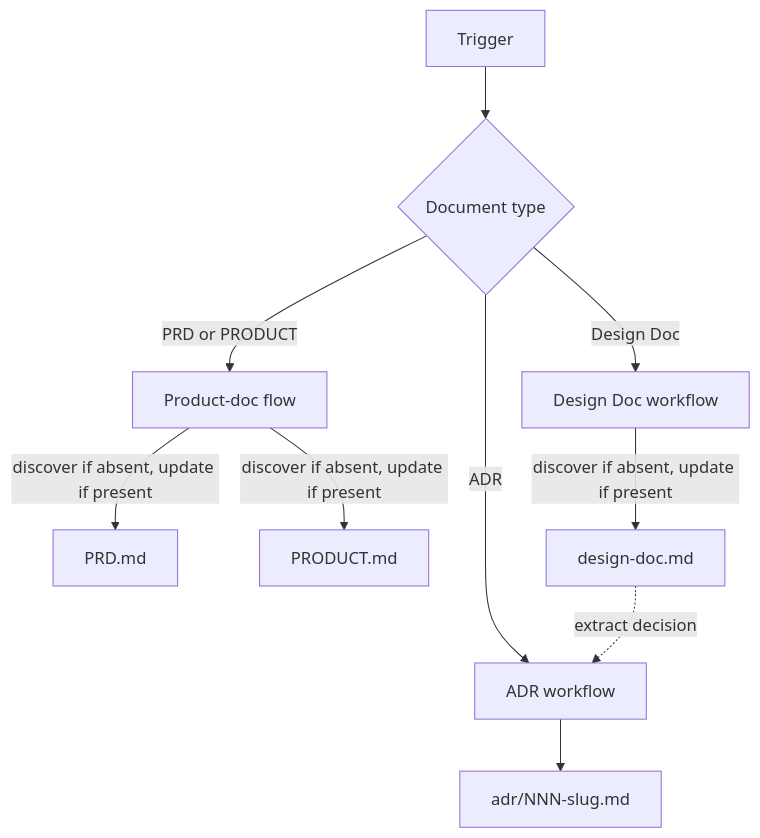
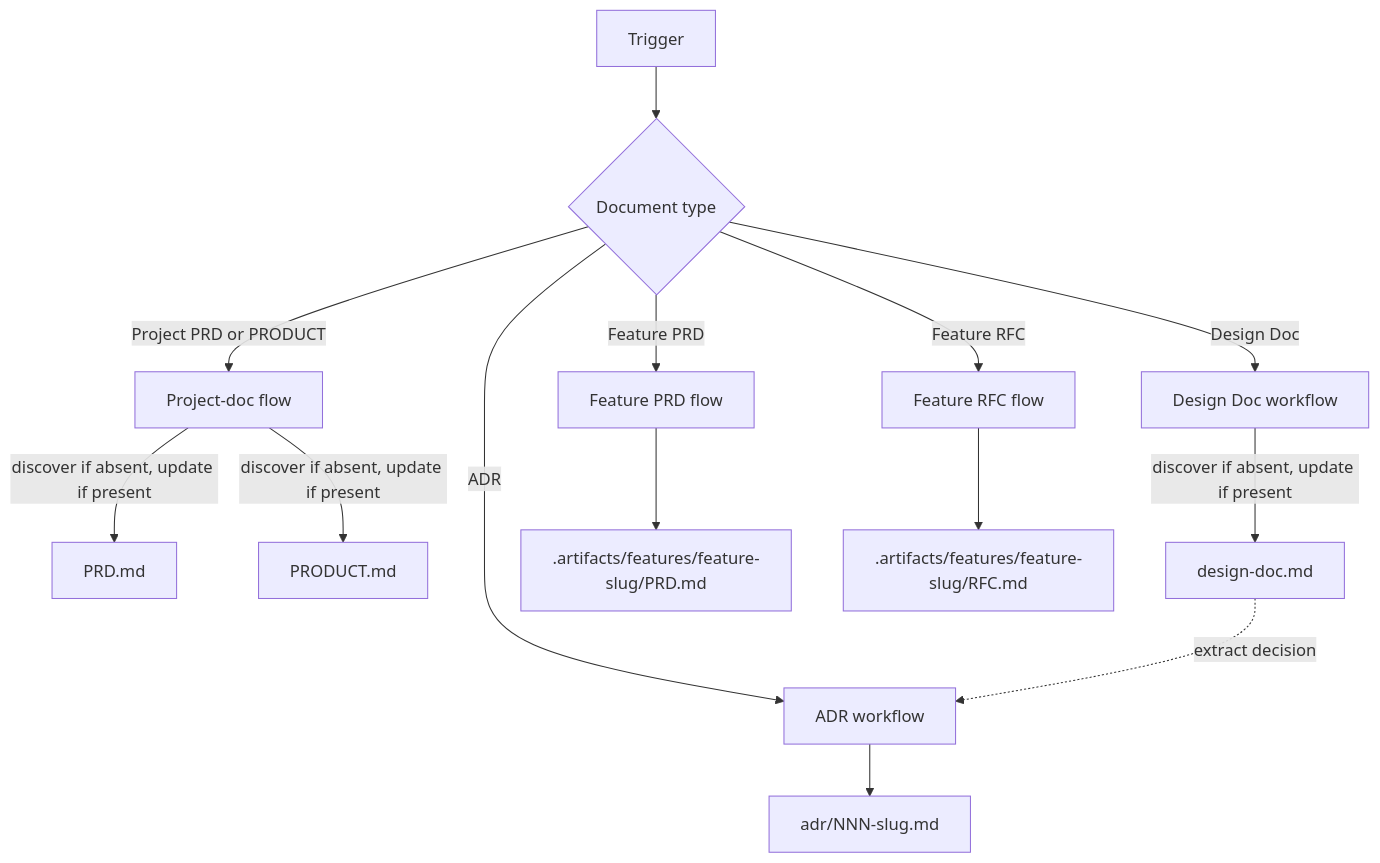
Before and after one commit to adeonir/agent-skills: the diagram in skills/product/docs-writer/README.md, drawn with Mermaid. The commit also changed other lines of this file and 7 other files, not shown here.

````diff
--- a/skills/product/docs-writer/README.md
+++ b/skills/product/docs-writer/README.md
@@ -11,12 +11,16 @@
 ```mermaid
 flowchart TD
     T[Trigger] --> R{Document type}
-    R -->|PRD or PRODUCT| PD[Product-doc flow]
+    R -->|Project PRD or PRODUCT| PD[Project-doc flow]
+    R -->|Feature PRD| FP[Feature PRD flow]
+    R -->|Feature RFC| FR[Feature RFC flow]
     R -->|Design Doc| DD[Design Doc workflow]
     R -->|ADR| ADR[ADR workflow]
     PD -->|discover if absent, update if present| P[PRD.md]
     PD -->|discover if absent, update if present| PM[PRODUCT.md]
     DD -->|discover if absent, update if present| D[design-doc.md]
     ADR --> A[adr/NNN-slug.md]
+    FP --> FPM[.artifacts/features/feature-slug/PRD.md]
+    FR --> FRM[.artifacts/features/feature-slug/RFC.md]
     D -.->|extract decision| ADR
 ```
````
